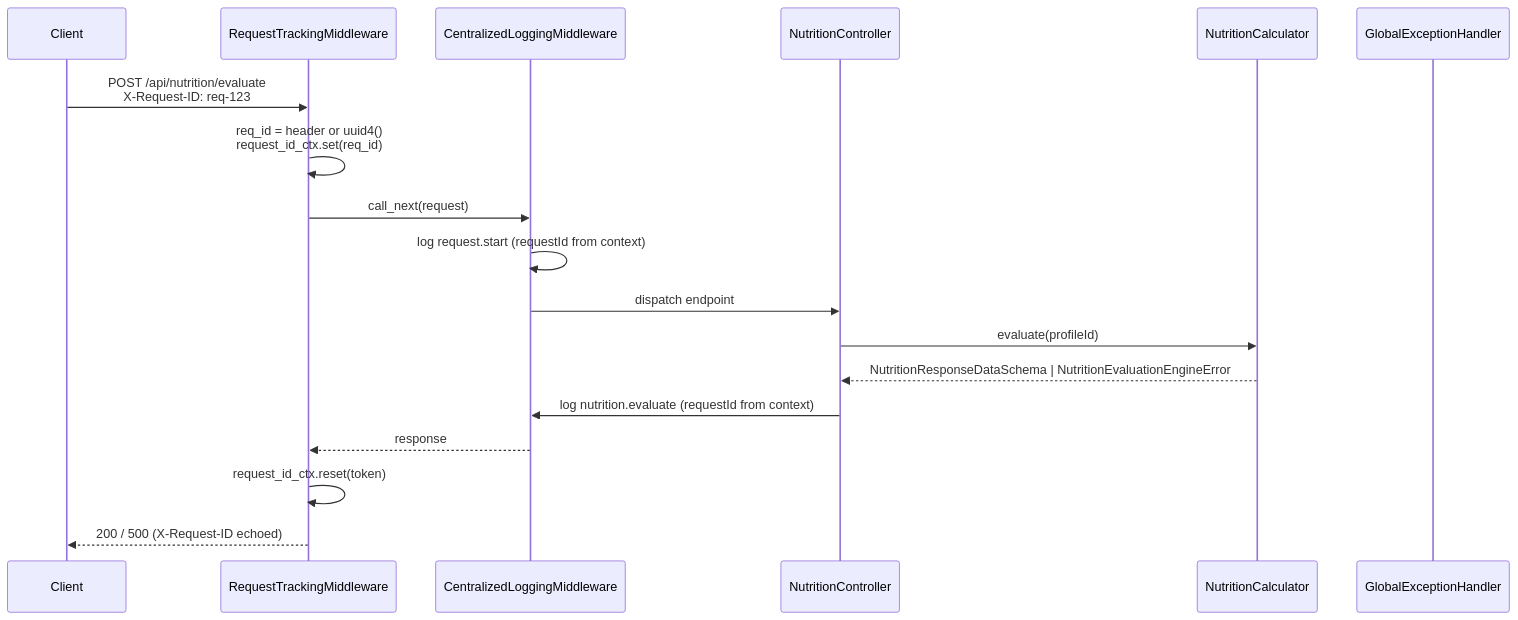
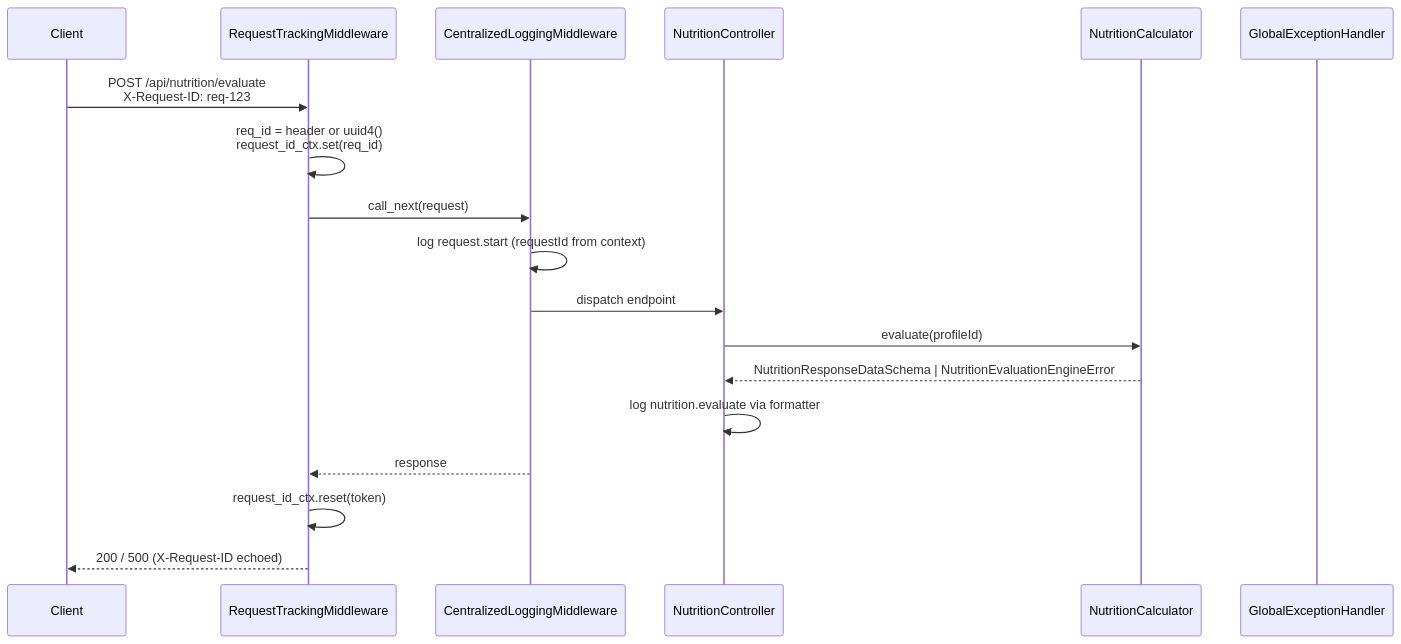
The seventh of 7 diagrams in docs/infra/TECHNICAL_DESIGN.md (DragonStone12/IOPHA), drawn with Mermaid before and after one commit. The commit also changed other lines of this file and 2 other files, not shown here.

First line of the commit message:
fix: nutrition logging HIPAA hygiene + test coverage

````diff
--- a/docs/infra/TECHNICAL_DESIGN.md
+++ b/docs/infra/TECHNICAL_DESIGN.md
@@ -819,21 +821,21 @@
 ```mermaid
 sequenceDiagram
     participant C as Client
     participant T as RequestTrackingMiddleware
     participant L as CentralizedLoggingMiddleware
     participant Ctrl as NutritionController
     participant Svc as NutritionCalculator
     participant H as GlobalExceptionHandler
 
     C->>T: POST /api/nutrition/evaluate<br/>X-Request-ID: req-123
     T->>T: req_id = header or uuid4()<br/>request_id_ctx.set(req_id)
     T->>L: call_next(request)
     L->>L: log request.start (requestId from context)
     L->>Ctrl: dispatch endpoint
     Ctrl->>Svc: evaluate(profileId)
     Svc-->>Ctrl: NutritionResponseDataSchema | NutritionEvaluationEngineError
-    Ctrl->>L: log nutrition.evaluate (requestId from context)
+    Ctrl->>Ctrl: log nutrition.evaluate via formatter
     L-->>T: response
     T->>T: request_id_ctx.reset(token)
     T-->>C: 200 / 500 (X-Request-ID echoed)
 ```
````
